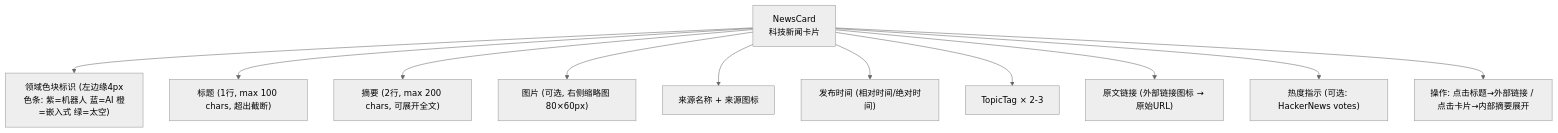
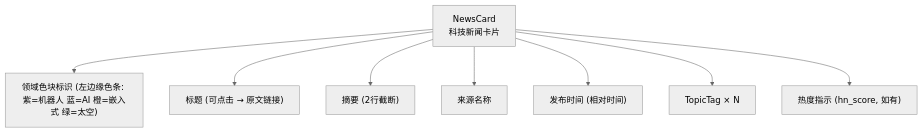
Before and after one commit to onceme/instantboard: the first of 3 diagrams in docs/design/tech-tab.md, drawn with Mermaid (neutral theme). The commit also changed other lines of this file and 14 other files, not shown here.

````diff
--- a/docs/design/tech-tab.md
+++ b/docs/design/tech-tab.md
@@ -210,14 +166,11 @@
 ```mermaid
 graph TD
     NC["NewsCard<br/>科技新闻卡片"]
-    NC --> DC["领域色块标识 (左边缘4px色条: 紫=机器人 蓝=AI 橙=嵌入式 绿=太空)"]
-    NC --> NT["标题 (1行, max 100 chars, 超出截断)"]
-    NC --> NS["摘要 (2行, max 200 chars, 可展开全文)"]
-    NC --> NI["图片 (可选, 右侧缩略图 80×60px)"]
-    NC --> NR["来源名称 + 来源图标"]
-    NC --> NP["发布时间 (相对时间/绝对时间)"]
-    NC --> NTag["TopicTag × 2-3"]
-    NC --> NL["原文链接 (外部链接图标 → 原始URL)"]
-    NC --> NH["热度指示 (可选: HackerNews votes)"]
-    NC --> NAct["操作: 点击标题→外部链接 / 点击卡片→内部摘要展开"]
+    NC --> DC["领域色块标识 (左边缘色条: 紫=机器人 蓝=AI 橙=嵌入式 绿=太空)"]
+    NC --> NT["标题 (可点击 → 原文链接)"]
+    NC --> NS["摘要 (2行截断)"]
+    NC --> NR["来源名称"]
+    NC --> NP["发布时间 (相对时间)"]
+    NC --> NTag["TopicTag × N"]
+    NC --> NH["热度指示 (hn_score, 如有)"]
 ```
````
